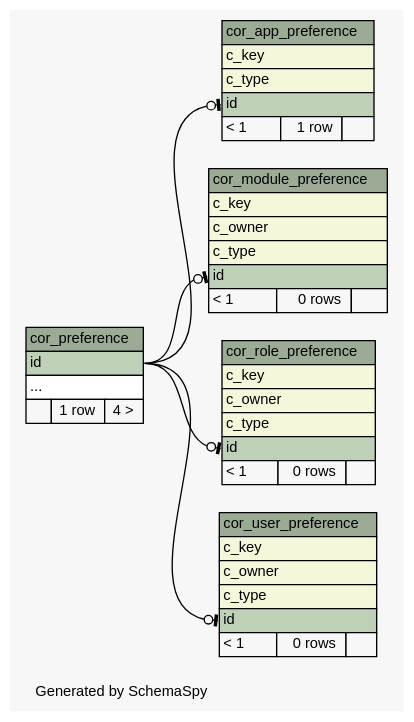
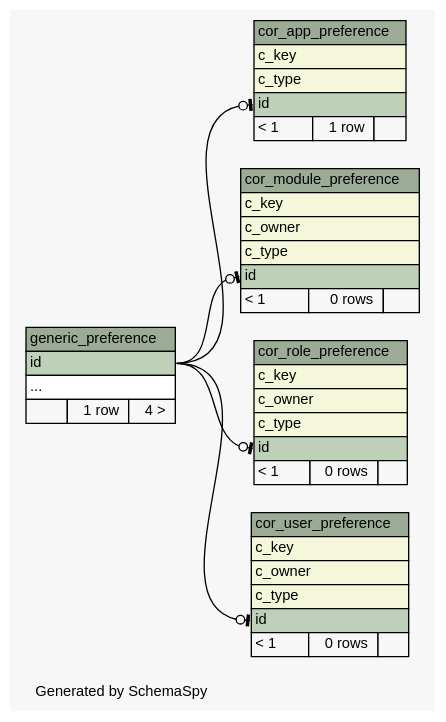
Before and after one commit to openwms/org.openwms.core.preferences.lib: the diagram in schemaspy/diagrams/summary/relationships.real.compact.dot, drawn with Graphviz. The commit also changed 270 other files, not shown here.

```diff
--- a/schemaspy/diagrams/summary/relationships.real.compact.dot
+++ b/schemaspy/diagrams/summary/relationships.real.compact.dot
@@ -1,88 +1,88 @@
-// dot 2.38.0 on Linux 4.15.0-1037-gcp
+// dot 2.36.0 on Linux 4.4.0-101-generic
 // SchemaSpy rev Unknown
 digraph "compactRelationshipsDiagram" {
   graph [
     rankdir="RL"
     bgcolor="#f7f7f7"
     label="\nGenerated by SchemaSpy"
     labeljust="l"
     nodesep="0.18"
     ranksep="0.46"
     fontname="Helvetica"
     fontsize="11"
   ];
   node [
     fontname="Helvetica"
     fontsize="11"
     shape="plaintext"
   ];
   edge [
     arrowsize="0.8"
   ];
   "cor_app_preference" [
     label=<
     <TABLE BORDER="0" CELLBORDER="1" CELLSPACING="0" BGCOLOR="#ffffff">
       <TR><TD COLSPAN="3" BGCOLOR="#9bab96" ALIGN="CENTER">cor_app_preference</TD></TR>
       <TR><TD PORT="c_key" COLSPAN="3" BGCOLOR="#f4f7da" ALIGN="LEFT">c_key</TD></TR>
       <TR><TD PORT="c_type" COLSPAN="3" BGCOLOR="#f4f7da" ALIGN="LEFT">c_type</TD></TR>
       <TR><TD PORT="id" COLSPAN="3" BGCOLOR="#bed1b8" ALIGN="LEFT">id</TD></TR>
       <TR><TD ALIGN="LEFT" BGCOLOR="#f7f7f7">&lt; 1</TD><TD ALIGN="RIGHT" BGCOLOR="#f7f7f7">1 row</TD><TD ALIGN="RIGHT" BGCOLOR="#f7f7f7">  </TD></TR>
     </TABLE>>
     URL="tables/cor_app_preference.html"
     tooltip="cor_app_preference"
   ];
   "cor_module_preference" [
     label=<
     <TABLE BORDER="0" CELLBORDER="1" CELLSPACING="0" BGCOLOR="#ffffff">
       <TR><TD COLSPAN="3" BGCOLOR="#9bab96" ALIGN="CENTER">cor_module_preference</TD></TR>
       <TR><TD PORT="c_key" COLSPAN="3" BGCOLOR="#f4f7da" ALIGN="LEFT">c_key</TD></TR>
       <TR><TD PORT="c_owner" COLSPAN="3" BGCOLOR="#f4f7da" ALIGN="LEFT">c_owner</TD></TR>
       <TR><TD PORT="c_type" COLSPAN="3" BGCOLOR="#f4f7da" ALIGN="LEFT">c_type</TD></TR>
       <TR><TD PORT="id" COLSPAN="3" BGCOLOR="#bed1b8" ALIGN="LEFT">id</TD></TR>
       <TR><TD ALIGN="LEFT" BGCOLOR="#f7f7f7">&lt; 1</TD><TD ALIGN="RIGHT" BGCOLOR="#f7f7f7">0 rows</TD><TD ALIGN="RIGHT" BGCOLOR="#f7f7f7">  </TD></TR>
     </TABLE>>
     URL="tables/cor_module_preference.html"
     tooltip="cor_module_preference"
   ];
-  "cor_preference" [
-    label=<
-    <TABLE BORDER="0" CELLBORDER="1" CELLSPACING="0" BGCOLOR="#ffffff">
-      <TR><TD COLSPAN="3" BGCOLOR="#9bab96" ALIGN="CENTER">cor_preference</TD></TR>
-      <TR><TD PORT="id" COLSPAN="3" BGCOLOR="#bed1b8" ALIGN="LEFT">id</TD></TR>
-      <TR><TD PORT="elipses" COLSPAN="3" ALIGN="LEFT">...</TD></TR>
-      <TR><TD ALIGN="LEFT" BGCOLOR="#f7f7f7">  </TD><TD ALIGN="RIGHT" BGCOLOR="#f7f7f7">1 row</TD><TD ALIGN="RIGHT" BGCOLOR="#f7f7f7">4 &gt;</TD></TR>
-    </TABLE>>
-    URL="tables/cor_preference.html"
-    tooltip="cor_preference"
-  ];
   "cor_role_preference" [
     label=<
     <TABLE BORDER="0" CELLBORDER="1" CELLSPACING="0" BGCOLOR="#ffffff">
       <TR><TD COLSPAN="3" BGCOLOR="#9bab96" ALIGN="CENTER">cor_role_preference</TD></TR>
       <TR><TD PORT="c_key" COLSPAN="3" BGCOLOR="#f4f7da" ALIGN="LEFT">c_key</TD></TR>
       <TR><TD PORT="c_owner" COLSPAN="3" BGCOLOR="#f4f7da" ALIGN="LEFT">c_owner</TD></TR>
       <TR><TD PORT="c_type" COLSPAN="3" BGCOLOR="#f4f7da" ALIGN="LEFT">c_type</TD></TR>
       <TR><TD PORT="id" COLSPAN="3" BGCOLOR="#bed1b8" ALIGN="LEFT">id</TD></TR>
       <TR><TD ALIGN="LEFT" BGCOLOR="#f7f7f7">&lt; 1</TD><TD ALIGN="RIGHT" BGCOLOR="#f7f7f7">0 rows</TD><TD ALIGN="RIGHT" BGCOLOR="#f7f7f7">  </TD></TR>
     </TABLE>>
     URL="tables/cor_role_preference.html"
     tooltip="cor_role_preference"
   ];
   "cor_user_preference" [
     label=<
     <TABLE BORDER="0" CELLBORDER="1" CELLSPACING="0" BGCOLOR="#ffffff">
       <TR><TD COLSPAN="3" BGCOLOR="#9bab96" ALIGN="CENTER">cor_user_preference</TD></TR>
       <TR><TD PORT="c_key" COLSPAN="3" BGCOLOR="#f4f7da" ALIGN="LEFT">c_key</TD></TR>
       <TR><TD PORT="c_owner" COLSPAN="3" BGCOLOR="#f4f7da" ALIGN="LEFT">c_owner</TD></TR>
       <TR><TD PORT="c_type" COLSPAN="3" BGCOLOR="#f4f7da" ALIGN="LEFT">c_type</TD></TR>
       <TR><TD PORT="id" COLSPAN="3" BGCOLOR="#bed1b8" ALIGN="LEFT">id</TD></TR>
       <TR><TD ALIGN="LEFT" BGCOLOR="#f7f7f7">&lt; 1</TD><TD ALIGN="RIGHT" BGCOLOR="#f7f7f7">0 rows</TD><TD ALIGN="RIGHT" BGCOLOR="#f7f7f7">  </TD></TR>
     </TABLE>>
     URL="tables/cor_user_preference.html"
     tooltip="cor_user_preference"
   ];
-  "cor_app_preference":"id":w -> "cor_preference":"id":e [arrowhead=none dir=back arrowtail=teeodot];
-  "cor_module_preference":"id":w -> "cor_preference":"id":e [arrowhead=none dir=back arrowtail=teeodot];
-  "cor_role_preference":"id":w -> "cor_preference":"id":e [arrowhead=none dir=back arrowtail=teeodot];
-  "cor_user_preference":"id":w -> "cor_preference":"id":e [arrowhead=none dir=back arrowtail=teeodot];
+  "generic_preference" [
+    label=<
+    <TABLE BORDER="0" CELLBORDER="1" CELLSPACING="0" BGCOLOR="#ffffff">
+      <TR><TD COLSPAN="3" BGCOLOR="#9bab96" ALIGN="CENTER">generic_preference</TD></TR>
+      <TR><TD PORT="id" COLSPAN="3" BGCOLOR="#bed1b8" ALIGN="LEFT">id</TD></TR>
+      <TR><TD PORT="elipses" COLSPAN="3" ALIGN="LEFT">...</TD></TR>
+      <TR><TD ALIGN="LEFT" BGCOLOR="#f7f7f7">  </TD><TD ALIGN="RIGHT" BGCOLOR="#f7f7f7">1 row</TD><TD ALIGN="RIGHT" BGCOLOR="#f7f7f7">4 &gt;</TD></TR>
+    </TABLE>>
+    URL="tables/generic_preference.html"
+    tooltip="generic_preference"
+  ];
+  "cor_app_preference":"id":w -> "generic_preference":"id":e [arrowhead=none dir=back arrowtail=teeodot];
+  "cor_module_preference":"id":w -> "generic_preference":"id":e [arrowhead=none dir=back arrowtail=teeodot];
+  "cor_role_preference":"id":w -> "generic_preference":"id":e [arrowhead=none dir=back arrowtail=teeodot];
+  "cor_user_preference":"id":w -> "generic_preference":"id":e [arrowhead=none dir=back arrowtail=teeodot];
 }
```
